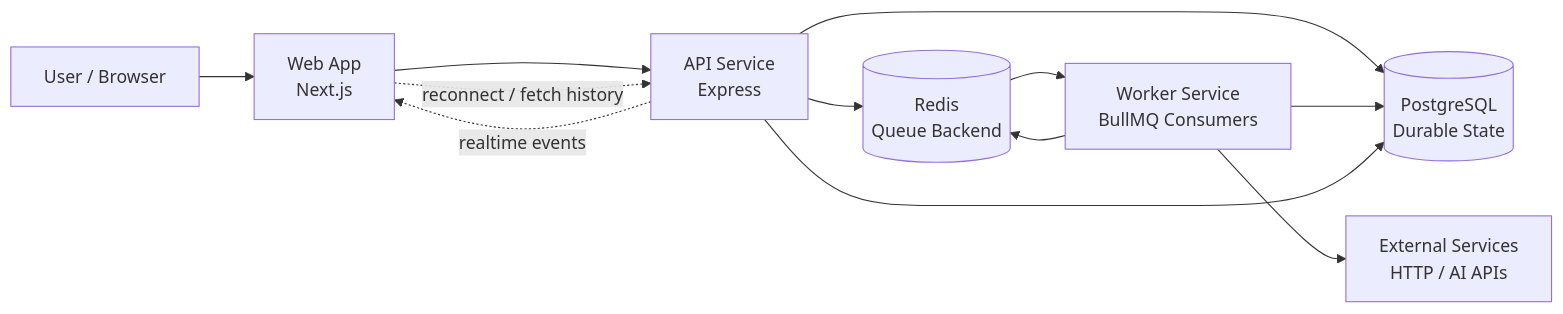
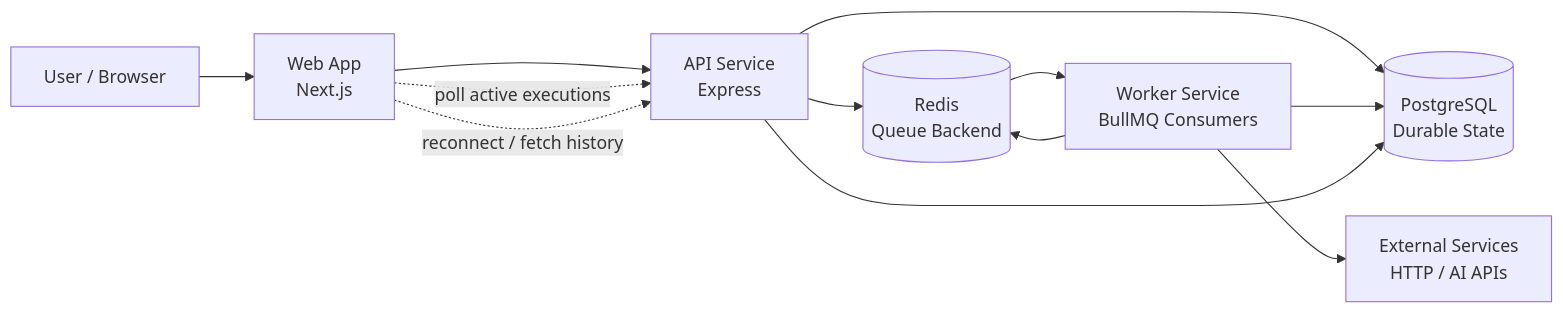
One commit to m-anas-3/ExecLoom changed the diagram in docs/architecture/high-level-architecture.md. Above: the diagram before and after it, drawn with Mermaid. The commit also changed other lines of this file and 86 other files, not shown here.

````diff
--- a/docs/architecture/high-level-architecture.md
+++ b/docs/architecture/high-level-architecture.md
@@ -7,25 +7,25 @@
 ```mermaid
 flowchart LR
   User[User / Browser]
   Web[Web App<br/>Next.js]
   API[API Service<br/>Express]
   DB[(PostgreSQL<br/>Durable State)]
   Redis[(Redis<br/>Queue Backend)]
   Worker[Worker Service<br/>BullMQ Consumers]
   External[External Services<br/>HTTP / AI APIs]
 
   User --> Web
   Web --> API
 
   API --> DB
   API --> Redis
 
   Redis --> Worker
   Worker --> DB
   Worker --> External
   Worker --> Redis
 
-  API -. realtime events .-> Web
+  Web -. poll active executions .-> API
   Web -. reconnect / fetch history .-> API
   API --> DB
 ```
````
